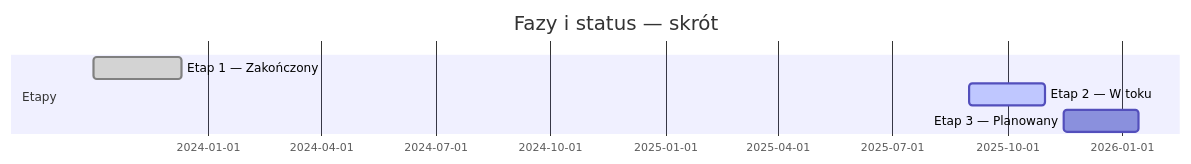
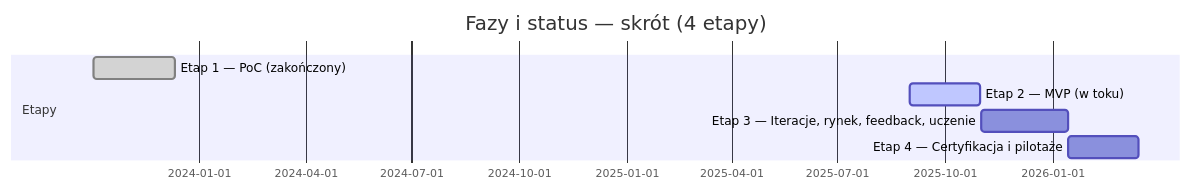
The first of 3 diagrams in README.md (TanskiSzymon/food-printer), drawn with Mermaid before and after one commit. The commit also changed other lines of this file, not shown here.

````diff
--- a/README.md
+++ b/README.md
@@ -18,9 +25,10 @@
 ```mermaid
 gantt
-  title Fazy i status — skrót
+  title Fazy i status — skrót (4 etapy)
   dateFormat YYYY-MM-DD
   section Etapy
-  Etap 1 — Zakończony        :done,    2023-10-02, 2023-12-11
-  Etap 2 — W toku            :active,  2025-09-01, 60d
-  Etap 3 — Planowany         :         2025-11-15, 60d
+  Etap 1 — PoC (zakończony)                    :done,    poc1, 2023-10-02, 2023-12-11
+  Etap 2 — MVP (w toku)                        :active,  mvp2, 2025-09-01, 60d
+  Etap 3 — Iteracje, rynek, feedback, uczenie  :         it3,  2025-11-01, 75d
+  Etap 4 — Certyfikacja i pilotaże             :         cer4, 2026-01-15, 60d
 ```
````
